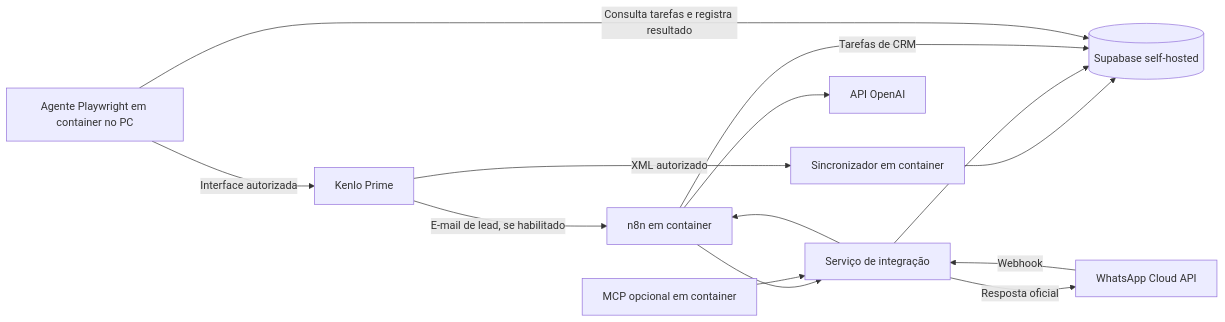
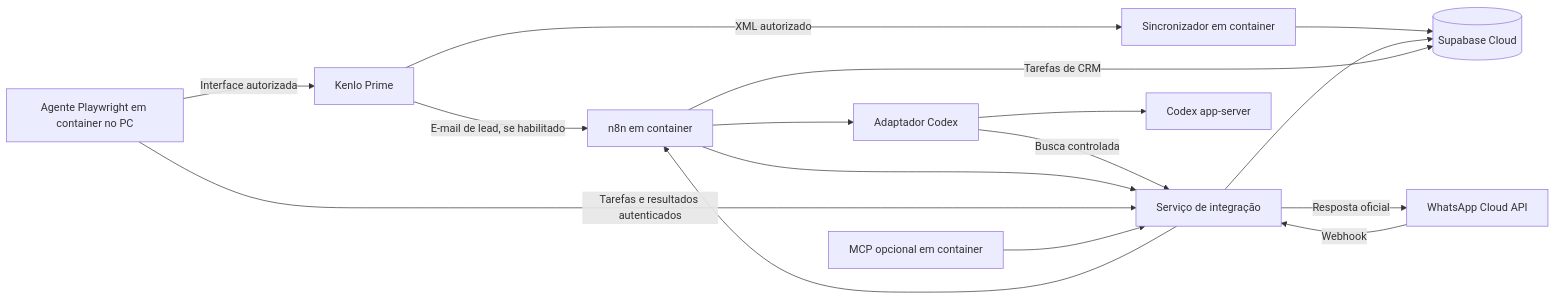
One commit to JonathanBenicio/kenlo-whatsapp-ai changed the diagram in docs/plano.md. Above: the diagram before and after it, drawn with Mermaid. The commit also changed other lines of this file, not shown here.

````diff
--- a/docs/plano.md
+++ b/docs/plano.md
@@ -19,16 +19,18 @@
 ```mermaid
 flowchart LR
   K[Kenlo Prime] -->|XML autorizado| SYNC[Sincronizador em container]
   K -->|E-mail de lead, se habilitado| N[n8n em container]
-  SYNC --> DB[(Supabase self-hosted)]
+  SYNC --> DB[(Supabase Cloud)]
   W[WhatsApp Cloud API] -->|Webhook| API[Serviço de integração]
   API --> N
-  N --> IA[API OpenAI]
+  N --> AD[Adaptador Codex]
+  AD --> IA[Codex app-server]
+  AD -->|Busca controlada| API
   N --> API
   API --> DB
   API -->|Resposta oficial| W
   N -->|Tarefas de CRM| DB
-  AG[Agente Playwright em container no PC] -->|Consulta tarefas e registra resultado| DB
+  AG[Agente Playwright em container no PC] -->|Tarefas e resultados autenticados| API
   AG -->|Interface autorizada| K
   MCP[MCP opcional em container] --> API
 ```
````
